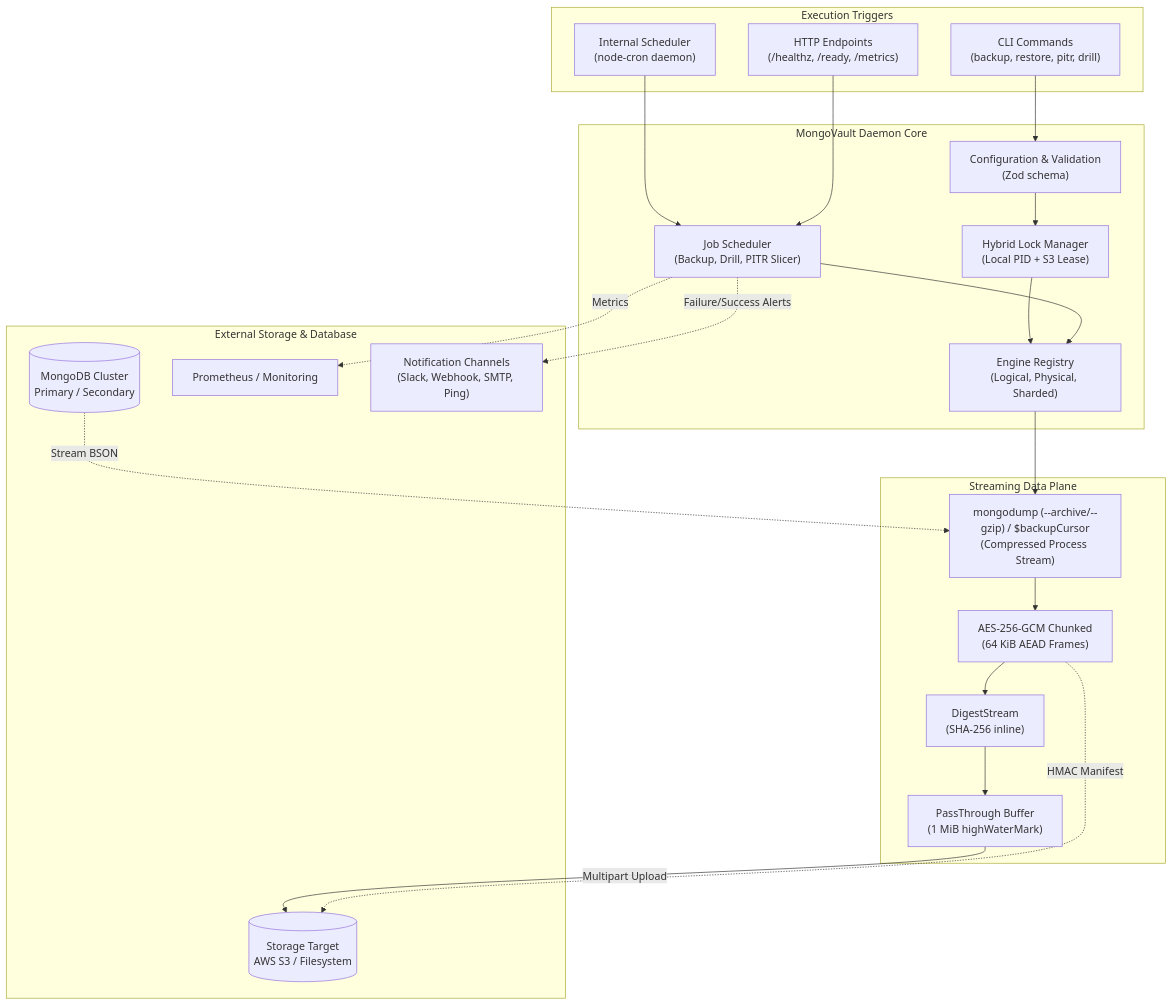
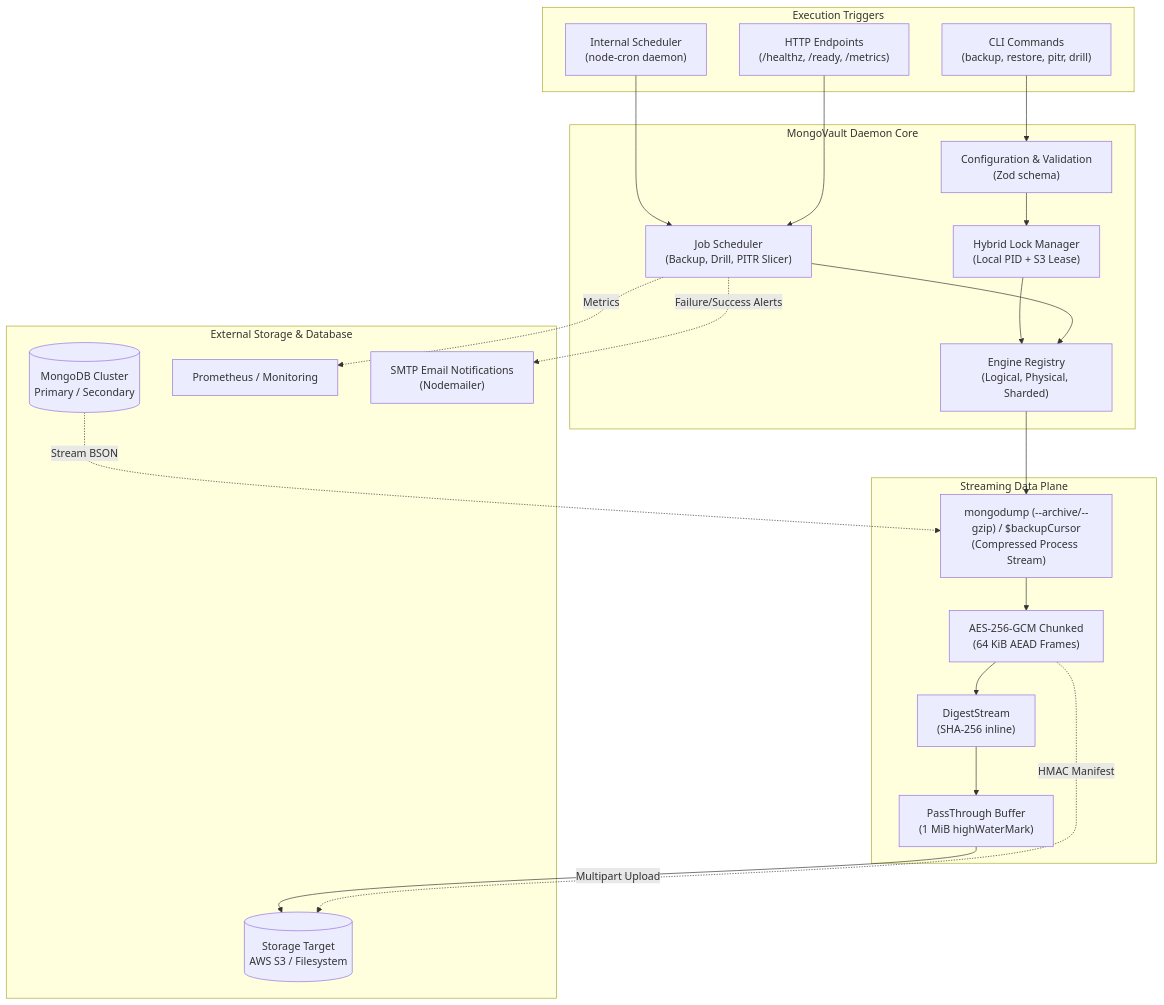
One commit to bhatbazik/MongoVault changed the first of 11 diagrams in README.md. Above: the diagram before and after it, drawn with Mermaid. The commit also changed other lines of this file, not shown here.

````diff
--- a/README.md
+++ b/README.md
@@ -188,45 +190,45 @@
 ```mermaid
 flowchart TD
     subgraph Client["Execution Triggers"]
         CLI["CLI Commands\n(backup, restore, pitr, drill)"]
         Cron["Internal Scheduler\n(node-cron daemon)"]
         HTTP["HTTP Endpoints\n(/healthz, /ready, /metrics)"]
     end
 
     subgraph Core["MongoVault Daemon Core"]
         Config["Configuration & Validation\n(Zod schema)"]
         LockMgr["Hybrid Lock Manager\n(Local PID + S3 Lease)"]
         Scheduler["Job Scheduler\n(Backup, Drill, PITR Slicer)"]
         Engines["Engine Registry\n(Logical, Physical, Sharded)"]
     end
 
     subgraph DataPlane["Streaming Data Plane"]
         Dump["mongodump (--archive/--gzip) / $backupCursor\n(Compressed Process Stream)"]
         Crypto["AES-256-GCM Chunked\n(64 KiB AEAD Frames)"]
         Digest["DigestStream\n(SHA-256 inline)"]
         PassThrough["PassThrough Buffer\n(1 MiB highWaterMark)"]
     end
 
     subgraph Target["External Storage & Database"]
         MongoDB[(MongoDB Cluster\nPrimary / Secondary)]
         Storage[(Storage Target\nAWS S3 / Filesystem)]
         Prometheus["Prometheus / Monitoring"]
-        Alerts["Notification Channels\n(Slack, Webhook, SMTP, Ping)"]
+        Alerts["SMTP Email Notifications\n(Nodemailer)"]
     end
 
     CLI --> Config
     Cron --> Scheduler
     HTTP --> Scheduler
     Config --> LockMgr
     LockMgr --> Engines
     Scheduler --> Engines
 
     Engines --> Dump
     MongoDB -.->|Stream BSON| Dump
     Dump --> Crypto --> Digest --> PassThrough
     PassThrough -->|Multipart Upload| Storage
 
     Crypto -.->|"HMAC Manifest"| Storage
     Scheduler -.->|Metrics| Prometheus
     Scheduler -.->|"Failure/Success Alerts"| Alerts
 ```
````
